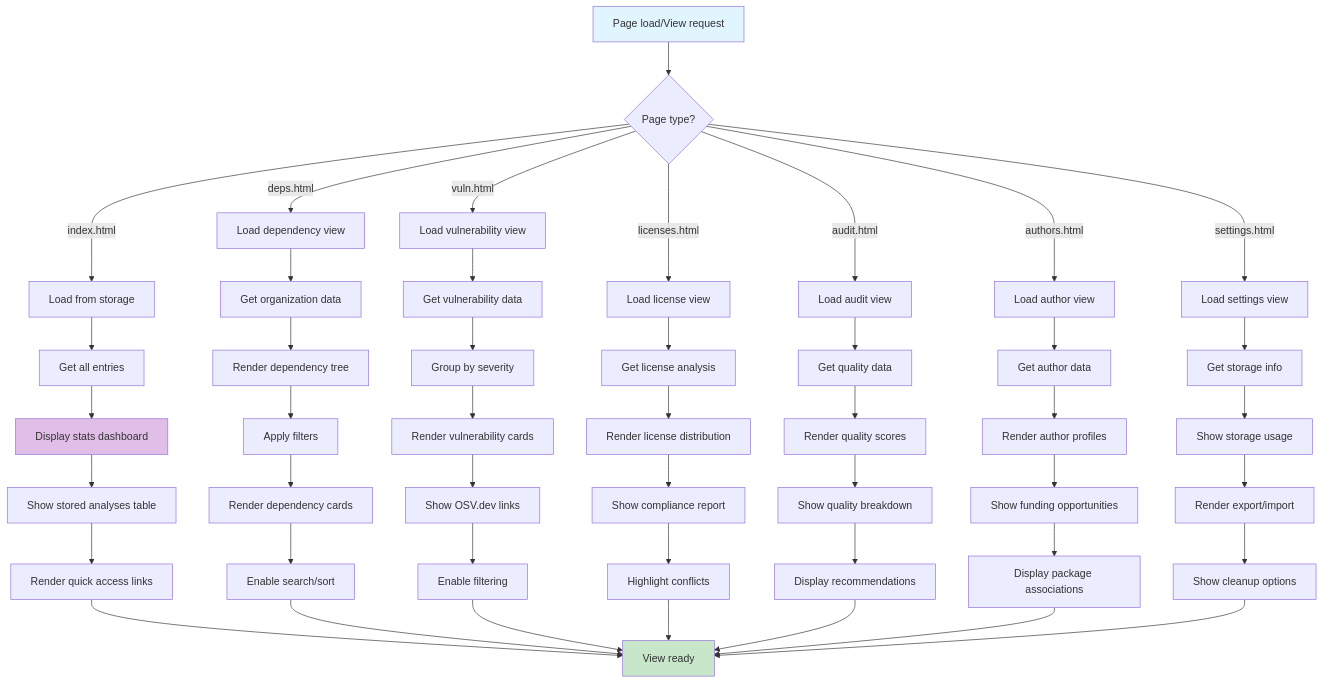
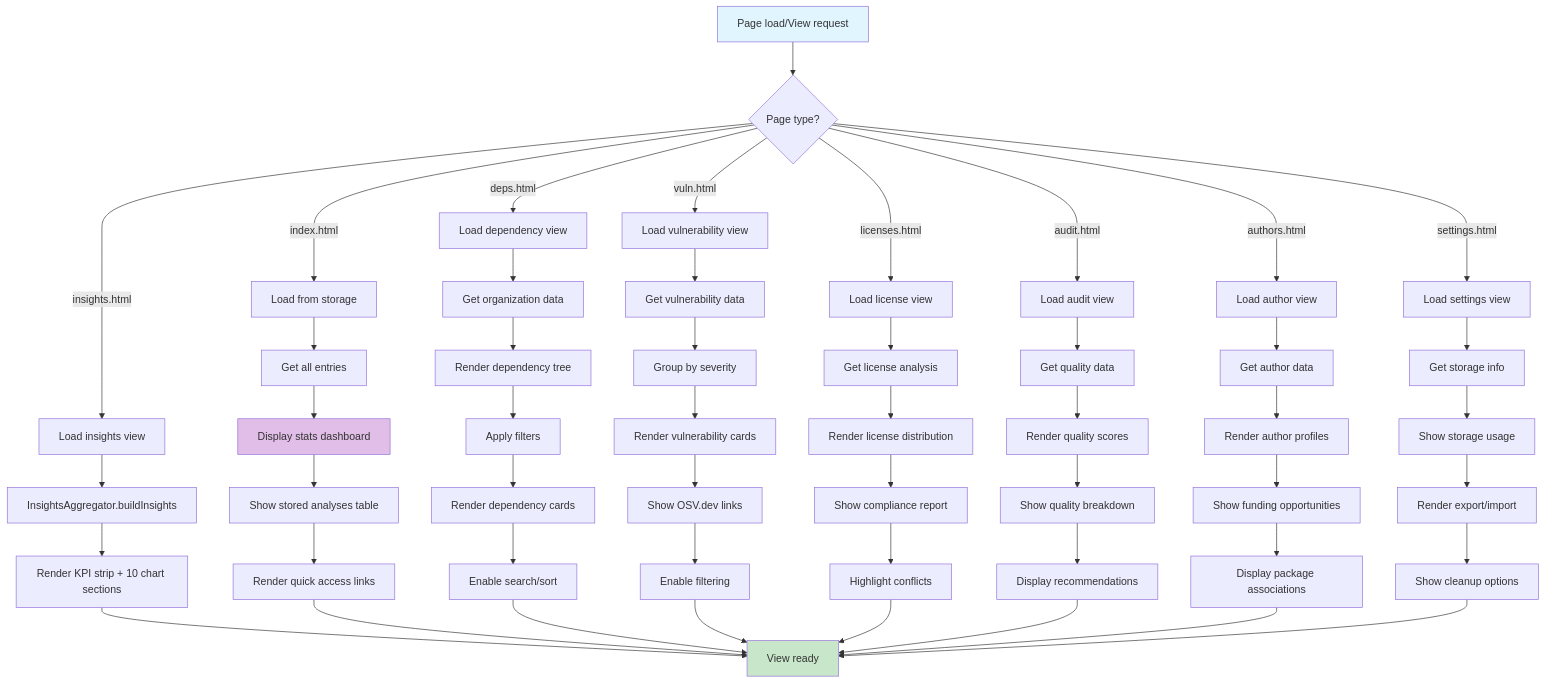
Diagram 12 of 16 in flowchart.md (cyfinoid/sbomplay), drawn with Mermaid before and after one commit. The commit also changed other lines of this file and 26 other files, not shown here.

````diff
--- a/flowchart.md
+++ b/flowchart.md
@@ -813,60 +814,65 @@
 ```mermaid
 flowchart TD
     A[Page load/View request] --> B{Page type?}
     B -->|index.html| C[Load from storage]
     B -->|deps.html| D[Load dependency view]
     B -->|vuln.html| E[Load vulnerability view]
     B -->|licenses.html| F[Load license view]
     B -->|audit.html| G[Load audit view]
     B -->|authors.html| H[Load author view]
+    B -->|insights.html| I2[Load insights view]
     B -->|settings.html| I[Load settings view]
     
     C --> J[Get all entries]
     J --> K[Display stats dashboard]
     K --> L[Show stored analyses table]
     L --> M[Render quick access links]
     
     D --> N[Get organization data]
     N --> O[Render dependency tree]
     O --> P[Apply filters]
     P --> Q[Render dependency cards]
     Q --> R[Enable search/sort]
     
     E --> S[Get vulnerability data]
     S --> T[Group by severity]
     T --> U[Render vulnerability cards]
     U --> V[Show OSV.dev links]
     V --> W[Enable filtering]
     
     F --> X[Get license analysis]
     X --> Y[Render license distribution]
     Y --> Z[Show compliance report]
     Z --> AA[Highlight conflicts]
     
     G --> AB[Get quality data]
     AB --> AC[Render quality scores]
     AC --> AD[Show quality breakdown]
     AD --> AE[Display recommendations]
     
     H --> AF[Get author data]
     AF --> AG[Render author profiles]
     AG --> AH[Show funding opportunities]
     AH --> AI[Display package associations]
     
+    I2 --> I2A[InsightsAggregator.buildInsights]
+    I2A --> I2B[Render KPI strip + 10 chart sections]
+    I2B --> AN
+
     I --> AJ[Get storage info]
     AJ --> AK[Show storage usage]
     AK --> AL[Render export/import]
     AL --> AM[Show cleanup options]
     
     M --> AN[View ready]
     R --> AN
     W --> AN
     AA --> AN
     AE --> AN
     AI --> AN
     AM --> AN
     
     style A fill:#e1f5ff
     style AN fill:#c8e6c9
     style K fill:#e1bee7
 ```
````
